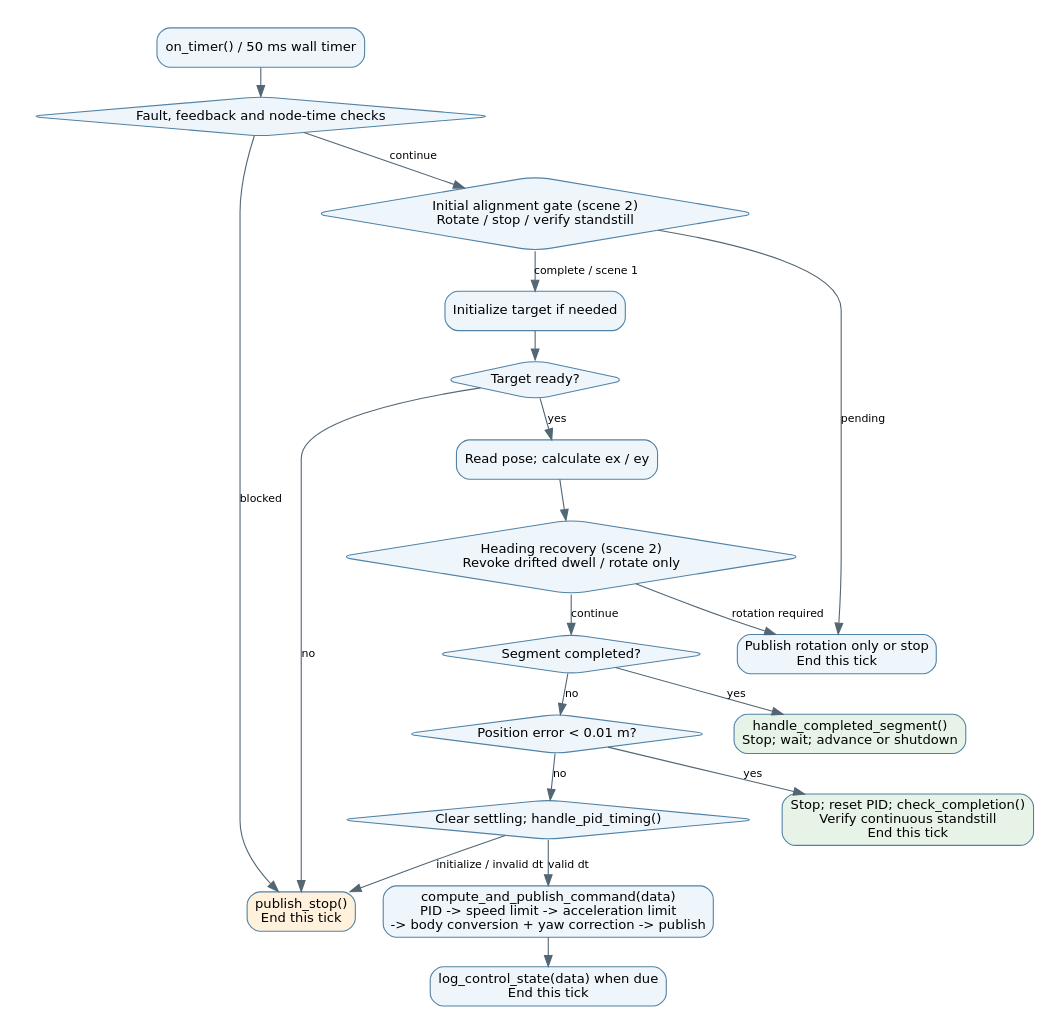
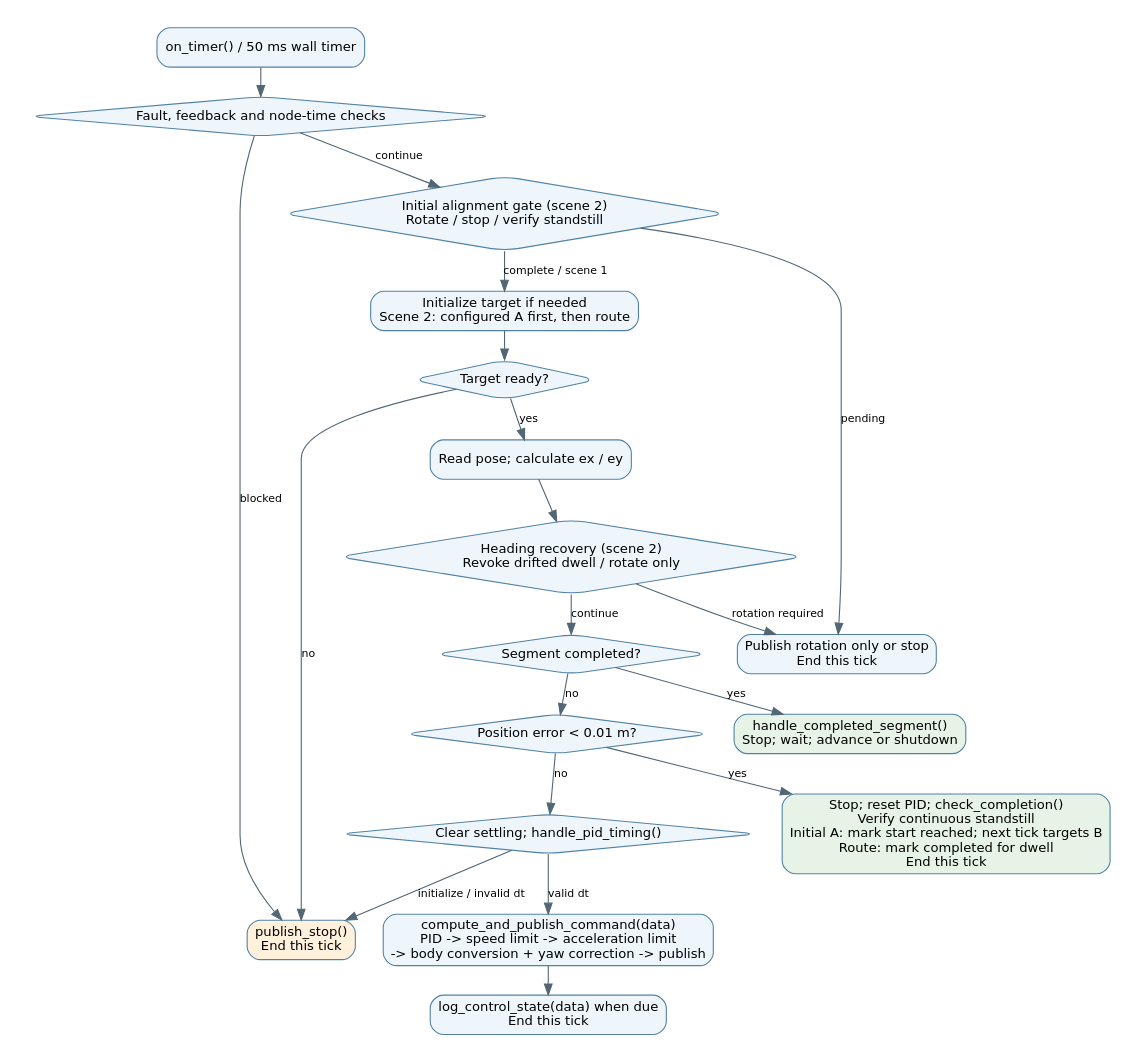
The diagram in docs/diagrams/control_flow.dot (Cooper-Yu/distance_controller), drawn with Graphviz before and after one commit. The commit also changed 6 other files, not shown here.

Commit message:
Approach fixed Task2 start before running calibrated route

```diff
--- a/docs/diagrams/control_flow.dot
+++ b/docs/diagrams/control_flow.dot
@@ -1,39 +1,39 @@
 digraph control {
   graph [rankdir=TB, bgcolor="white", pad="0.25", nodesep="0.3", ranksep="0.35"];
   node [shape=box, style="rounded,filled", fillcolor="#eef6fc", color="#5182a5", fontname="DejaVu Sans", fontsize=12];
   edge [color="#526674", fontname="DejaVu Sans", fontsize=10];
   start [label="on_timer() / 50 ms wall timer"];
   guard [label="Fault, feedback and node-time checks",shape=diamond];
   stop [label="publish_stop()\nEnd this tick",fillcolor="#fff1dc"];
   align [label="Initial alignment gate (scene 2)\nRotate / stop / verify standstill",shape=diamond];
   recover [label="Heading recovery (scene 2)\nRevoke drifted dwell / rotate only",shape=diamond];
   rotate [label="Publish rotation only or stop\nEnd this tick"];
-  target [label="Initialize target if needed"];
+  target [label="Initialize target if needed\nScene 2: configured A first, then route"];
   valid [label="Target ready?",shape=diamond];
   errors [label="Read pose; calculate ex / ey"];
   done [label="Segment completed?",shape=diamond];
   dwell [label="handle_completed_segment()\nStop; wait; advance or shutdown",fillcolor="#e7f3e6"];
   near [label="Position error < 0.01 m?",shape=diamond];
-  settle [label="Stop; reset PID; check_completion()\nVerify continuous standstill\nEnd this tick",fillcolor="#e7f3e6"];
+  settle [label="Stop; reset PID; check_completion()\nVerify continuous standstill\nInitial A: mark start reached; next tick targets B\nRoute: mark completed for dwell\nEnd this tick",fillcolor="#e7f3e6"];
   timing [label="Clear settling; handle_pid_timing()",shape=diamond];
   compute [label="compute_and_publish_command(data)\nPID -> speed limit -> acceleration limit\n-> body conversion + yaw correction -> publish"];
   log [label="log_control_state(data) when due\nEnd this tick"];
   start -> guard;
   guard -> stop [label="blocked"];
   guard -> align [label="continue"];
   align -> rotate [label="pending"];
   align -> target [label="complete / scene 1"];
   target -> valid;
   valid -> stop [label="no"];
   valid -> errors [label="yes"];
   errors -> recover;
   recover -> rotate [label="rotation required"];
   recover -> done [label="continue"];
   done -> dwell [label="yes"];
   done -> near [label="no"];
   near -> settle [label="yes"];
   near -> timing [label="no"];
   timing -> stop [label="initialize / invalid dt"];
   timing -> compute [label="valid dt"];
   compute -> log;
 }
```
